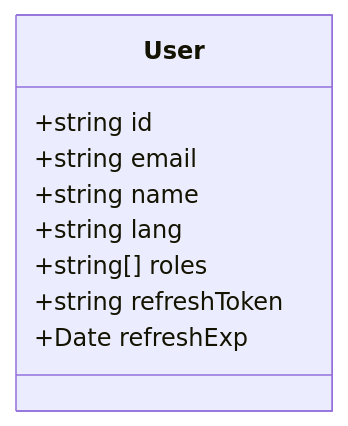
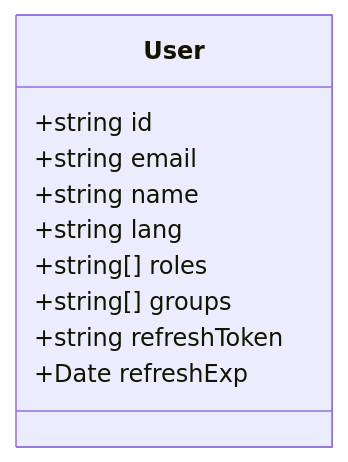
One commit to remarcmij/taalwiz-mono changed diagram 14 of 18 in apps/taalwiz-web/ARCHITECTURE.md. Above: the diagram before and after it, drawn with Mermaid. The commit also changed other lines of this file and 24 other files, not shown here.

````diff
--- a/apps/taalwiz-web/ARCHITECTURE.md
+++ b/apps/taalwiz-web/ARCHITECTURE.md
@@ -504,12 +508,13 @@
 ```mermaid
 classDiagram
     class User {
         +string id
         +string email
         +string name
         +string lang
         +string[] roles
+        +string[] groups
         +string refreshToken
         +Date refreshExp
     }
 ```
````
